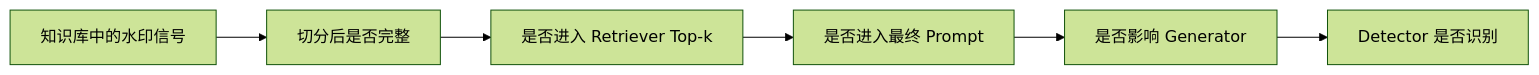
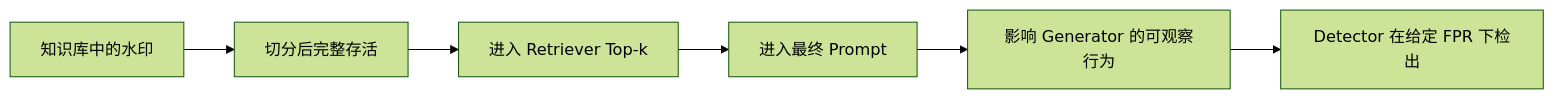
One commit to hitbug-11/RAG changed the fourth of 4 diagrams in notes/03-transparent-dense-rag.md. Above: the diagram before and after it, drawn with Mermaid (forest theme). The commit also changed other lines of this file and 127 other files, not shown here.

````diff
--- a/notes/03-transparent-dense-rag.md
+++ b/notes/03-transparent-dense-rag.md
@@ -1040,8 +1012,8 @@
 ```mermaid
 flowchart LR
-    W["知识库中的水印信号"] --> C["切分后是否完整"]
-    C --> R["是否进入 Retriever Top-k"]
-    R --> P["是否进入最终 Prompt"]
-    P --> G["是否影响 Generator"]
-    G --> D["Detector 是否识别"]
+    W["知识库中的水印"] --> C["切分后完整存活"]
+    C --> R["进入 Retriever Top-k"]
+    R --> P["进入最终 Prompt"]
+    P --> G["影响 Generator 的可观察行为"]
+    G --> D["Detector 在给定 FPR 下检出"]
 ```
````
